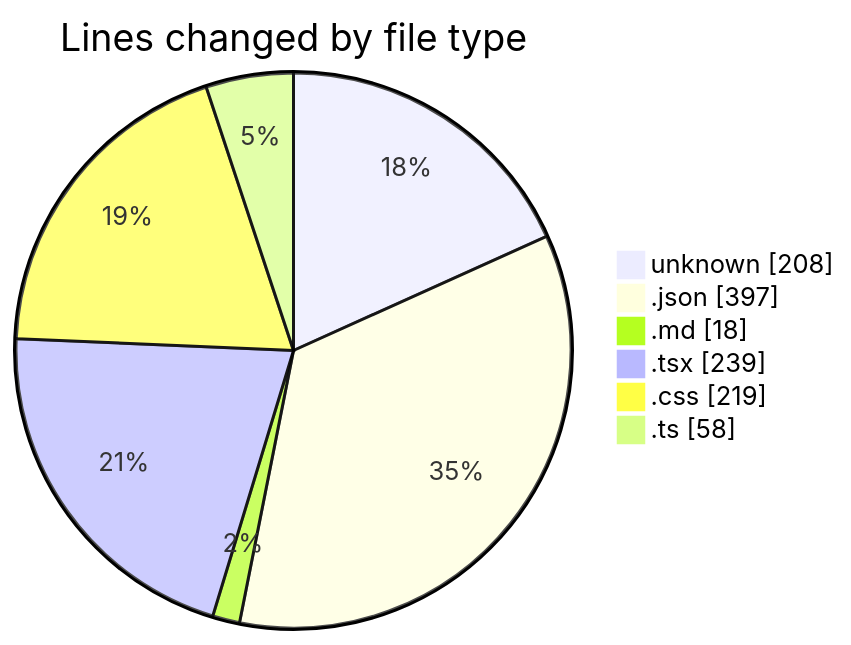
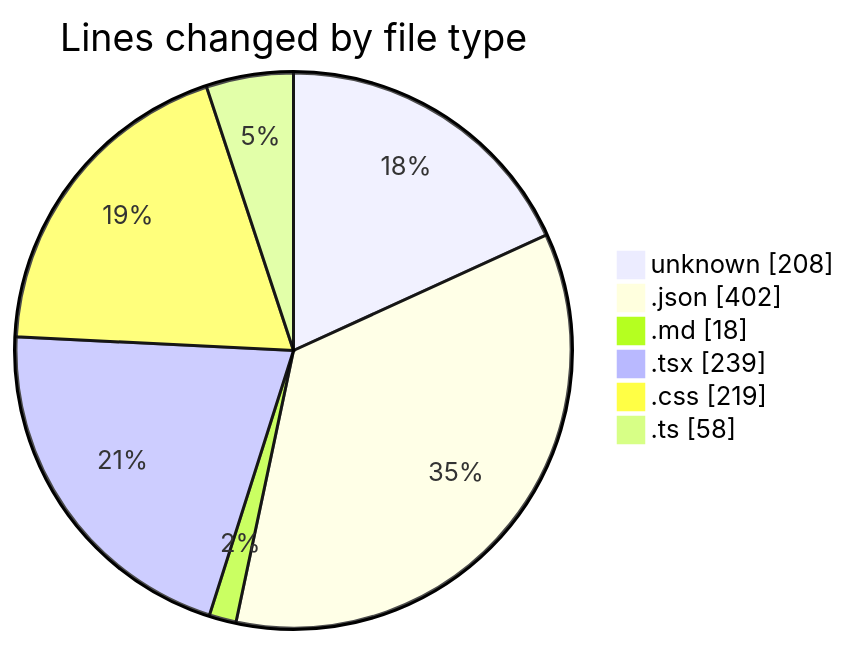
Before and after one commit to EIIisD/code-tracking: the first of 2 diagrams in 2025-08-07/ribbon/README.md, drawn with Mermaid. The commit also changed other lines of this file and 1 other file, not shown here.

````diff
--- a/2025-08-07/ribbon/README.md
+++ b/2025-08-07/ribbon/README.md
@@ -29,10 +29,10 @@
 ```mermaid
 pie showData
 title Lines changed by file type
 "unknown" : 208
-".json" : 397
+".json" : 402
 ".md" : 18
 ".tsx" : 239
 ".css" : 219
 ".ts" : 58
 ```
````
